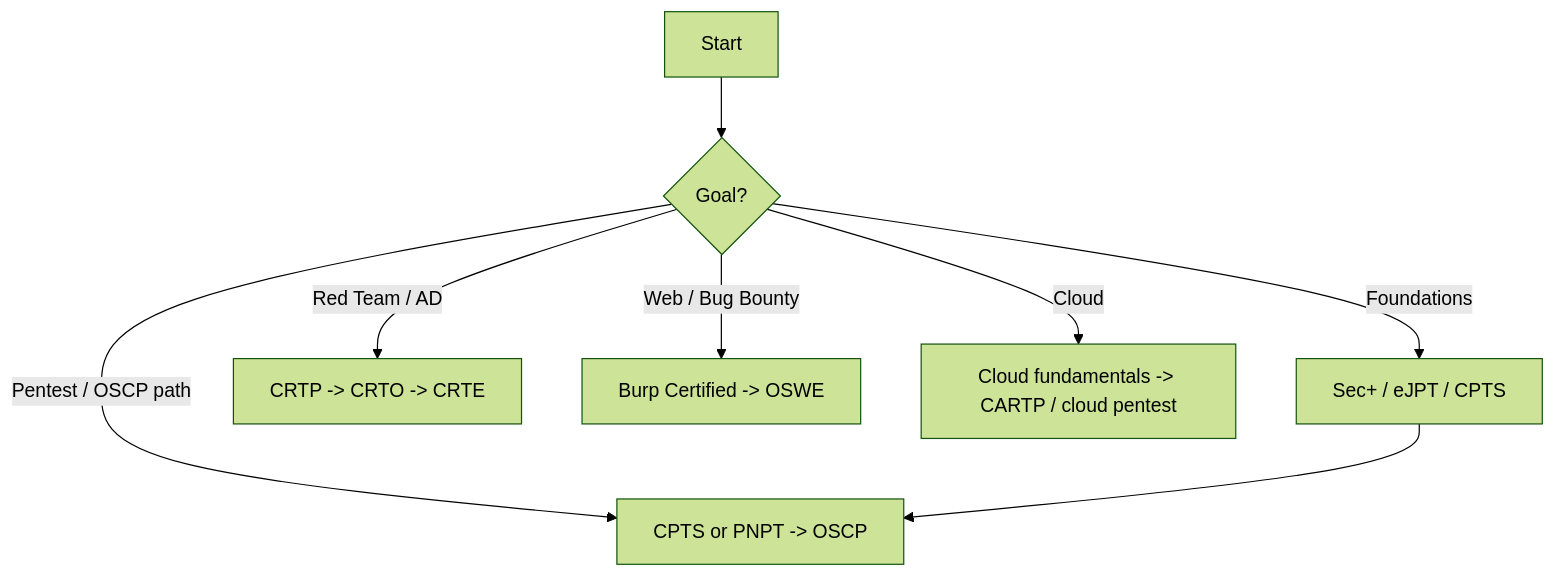
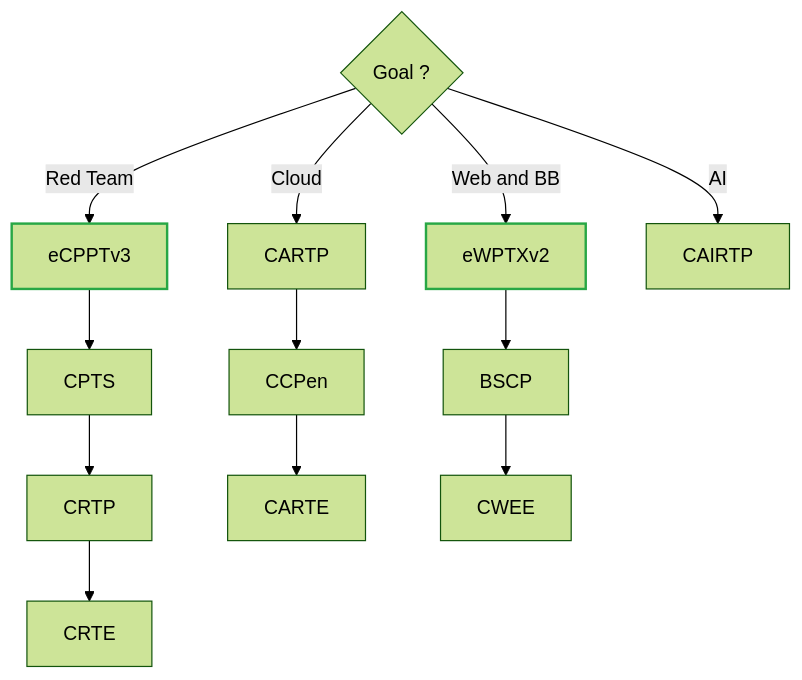
The diagram in docs/rnd/certifications.md (ElPajarito/betterNotes), drawn with Mermaid (forest theme) before and after one commit. The commit also changed other lines of this file, not shown here.

Commit message:
updated cert flowchart

````diff
--- a/docs/rnd/certifications.md
+++ b/docs/rnd/certifications.md
@@ -19,10 +13,16 @@
 ```mermaid
 flowchart TD
-    A[Start] --> B{Goal?}
-    B -->|Foundations| C[Sec+ / eJPT / CPTS]
-    B -->|Pentest / OSCP path| D[CPTS or PNPT -> OSCP]
-    B -->|Red Team / AD| E[CRTP -> CRTO -> CRTE]
-    B -->|Web / Bug Bounty| F[Burp Certified -> OSWE]
-    B -->|Cloud| G[Cloud fundamentals -> CARTP / cloud pentest]
-    C --> D
+    A{Goal ?}
+    
+    A -->|Red Team| eCPPTv3[eCPPTv3] --> CPTS[CPTS] --> CRTP[CRTP] --> CRTE[CRTE]
+    A -->|Cloud| CARTP[CARTP] --> CCPen[CCPen] --> CARTE[CARTE] 
+    A -->|Web and BB| eWPTXv2[eWPTXv2] --> BSCP[BSCP] --> CWEE[CWEE]
+    A -->|AI| CAIRTP[CAIRTP]
+
+    class eWPTXv2,eCPPTv3 greenBorder;
+
+   
+
+
+    classDef greenBorder stroke:#28a745,stroke-width:2px;
 ```
````
